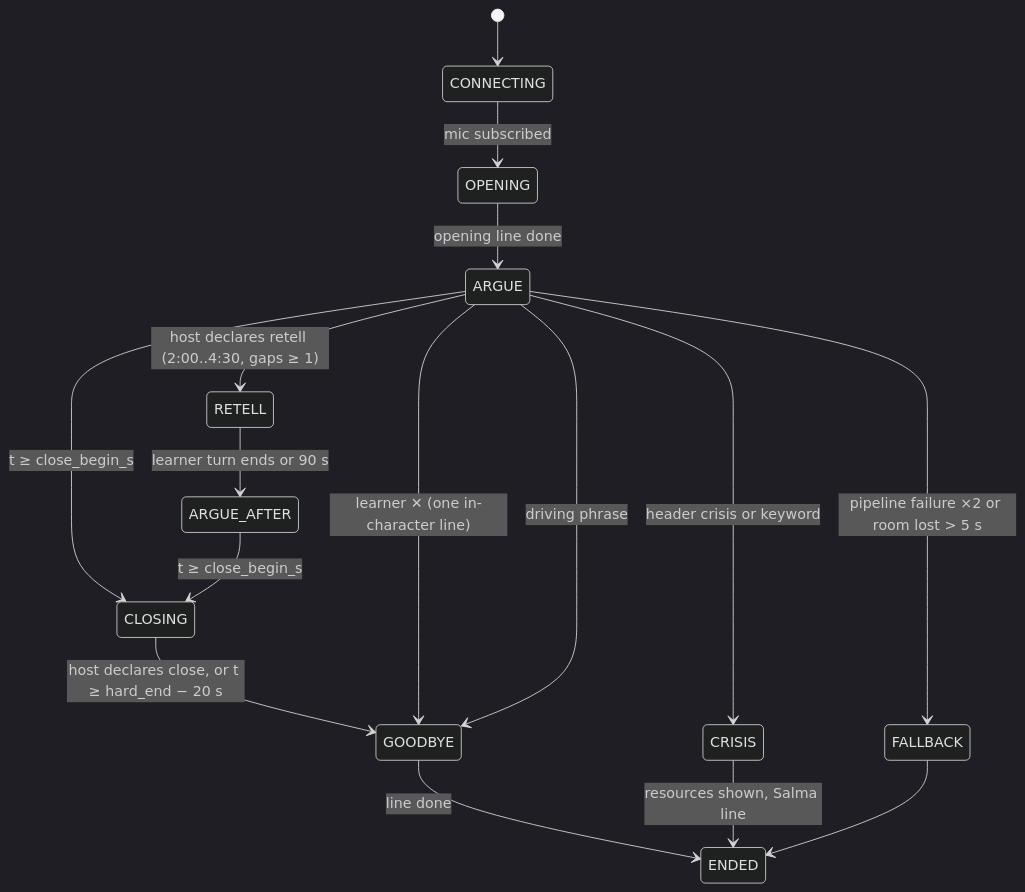
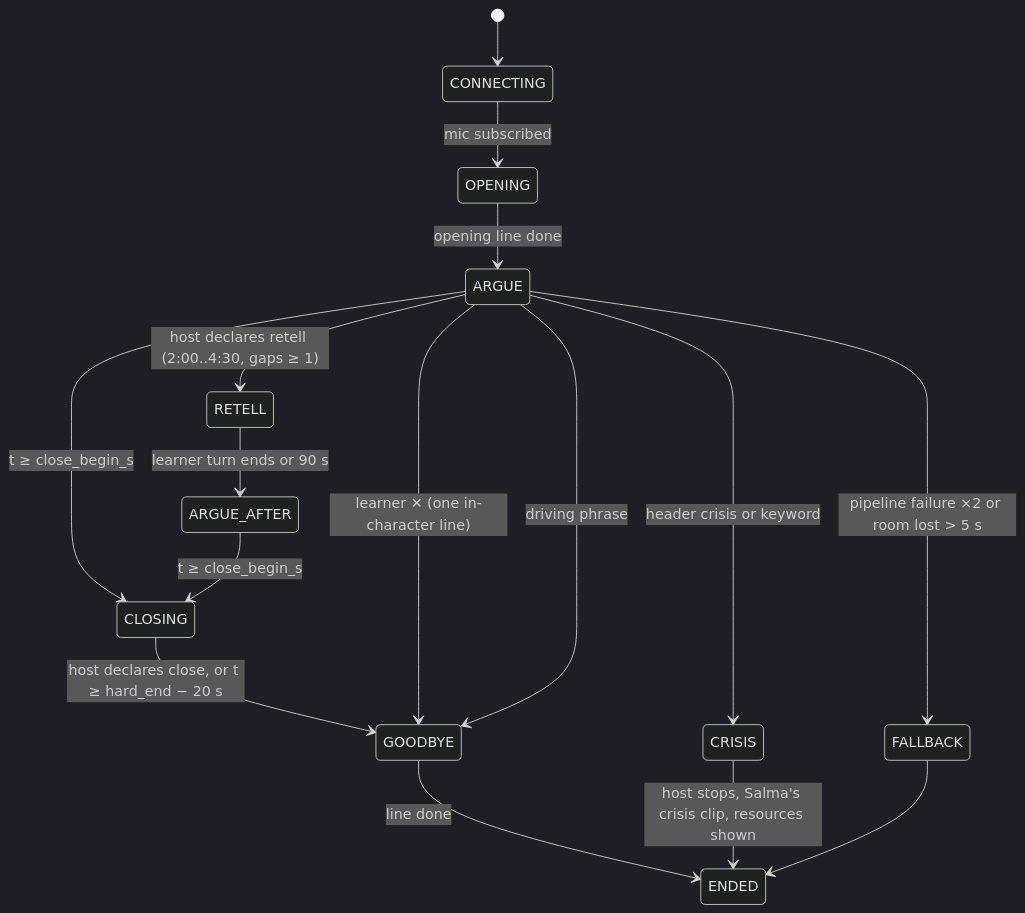
Before and after one commit to Muath-8/For-one: the second of 4 diagrams in technical-design/04-live-call.md, drawn with Mermaid (dark theme). The commit also changed other lines of this file and 105 other files, not shown here.

````diff
--- a/technical-design/04-live-call.md
+++ b/technical-design/04-live-call.md
@@ -64,18 +66,18 @@
 ```mermaid
 stateDiagram-v2
   [*] --> CONNECTING
   CONNECTING --> OPENING : mic subscribed
   OPENING --> ARGUE : opening line done
   ARGUE --> RETELL : host declares retell (2:00..4:30, gaps ≥ 1)
   RETELL --> ARGUE_AFTER : learner turn ends or 90 s
   ARGUE --> CLOSING : t ≥ close_begin_s
   ARGUE_AFTER --> CLOSING : t ≥ close_begin_s
   CLOSING --> GOODBYE : host declares close, or t ≥ hard_end − 20 s
   GOODBYE --> ENDED : line done
   ARGUE --> GOODBYE : learner ✕ (one in-character line)
   ARGUE --> CRISIS : header crisis or keyword
-  CRISIS --> ENDED : resources shown, Salma line
+  CRISIS --> ENDED : host stops, Salma's crisis clip, resources shown
   ARGUE --> GOODBYE : driving phrase
   ARGUE --> FALLBACK : pipeline failure ×2 or room lost > 5 s
   FALLBACK --> ENDED
 ```
````
